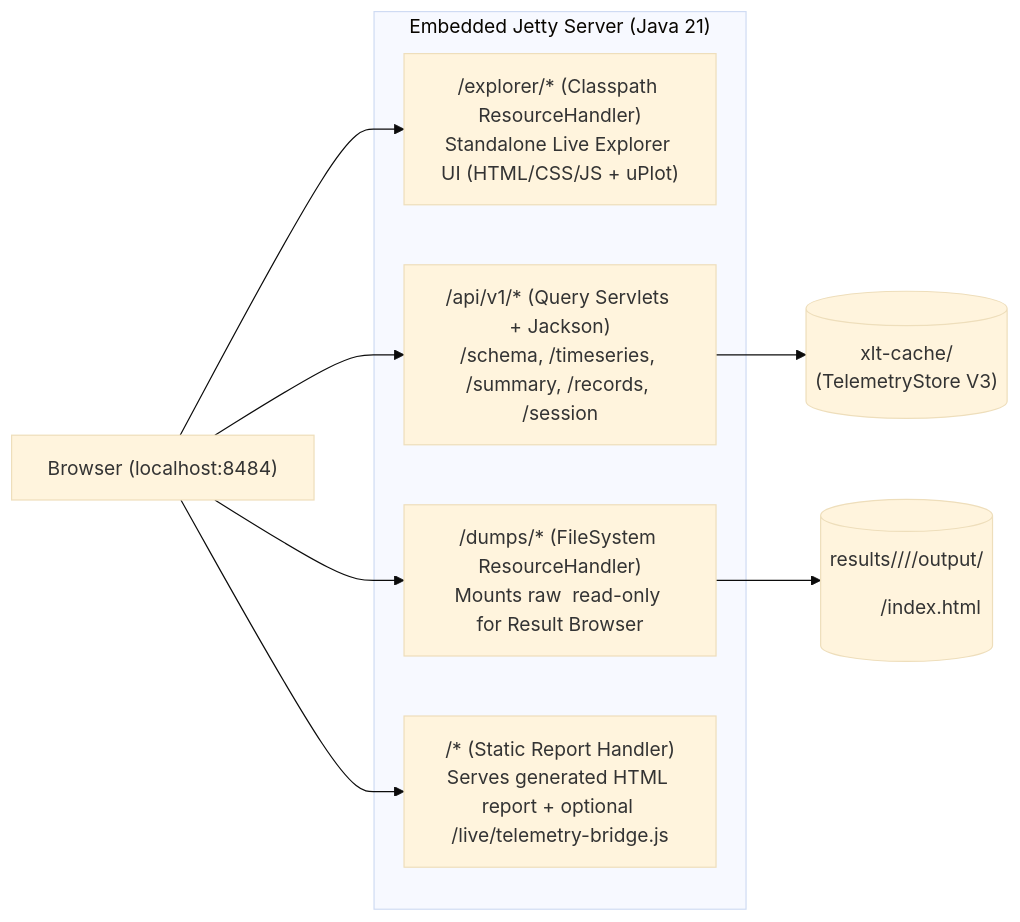
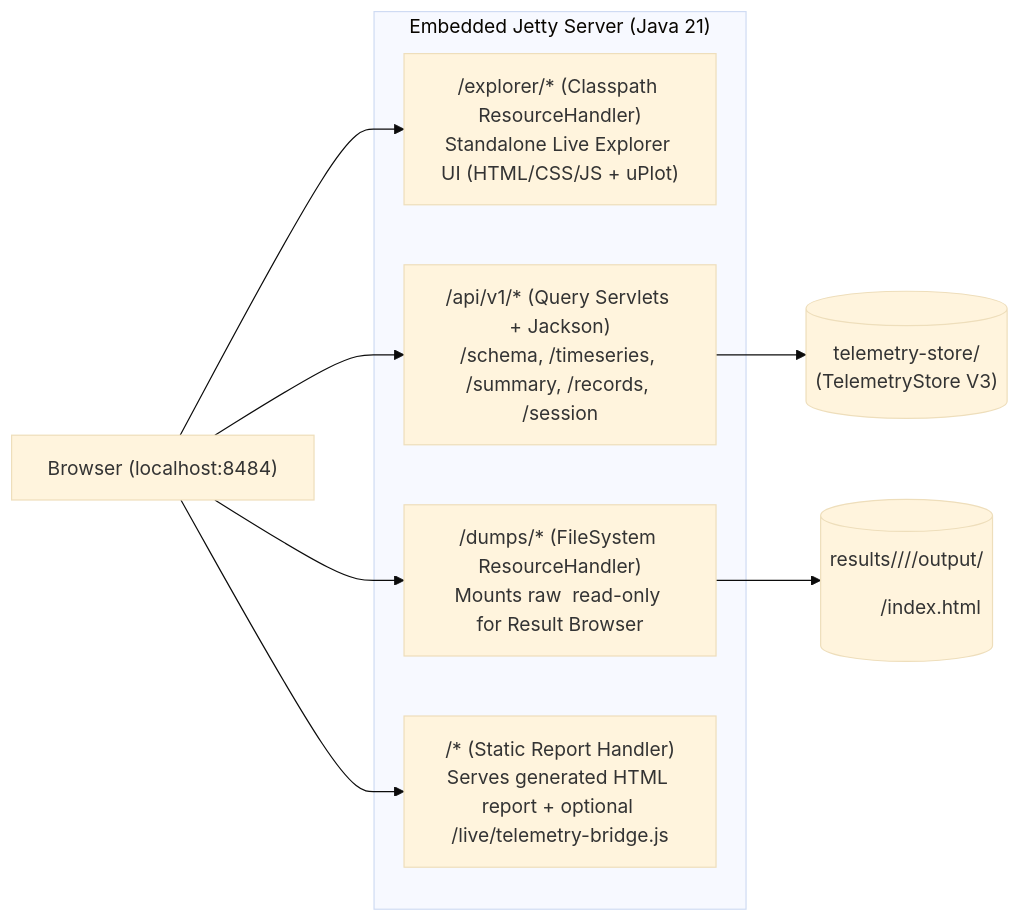
The second of 2 diagrams in docs/LIVEREPORTS.md (Xceptance/XLT), drawn with Mermaid (base theme) before and after one commit. The commit also changed other lines of this file and 15 other files, not shown here.

First line of the commit message:
refactor(report): rename store directory and properties to telemetry-store/telemetryStore and update docs

````diff
--- a/docs/LIVEREPORTS.md
+++ b/docs/LIVEREPORTS.md
@@ -123,13 +123,13 @@
 ```mermaid
 flowchart LR
     B["Browser (localhost:8484)"]
     subgraph Jetty["Embedded Jetty Server (Java 21)"]
         H1["/explorer/* (Classpath ResourceHandler)\nStandalone Live Explorer UI (HTML/CSS/JS + uPlot)"]
         H2["/api/v1/* (Query Servlets + Jackson)\n/schema, /timeseries, /summary, /records, /session"]
         H3["/dumps/* (FileSystem ResourceHandler)\nMounts raw <results-dir> read-only for Result Browser"]
         H4["/* (Static Report Handler)\nServes generated HTML report + optional /live/telemetry-bridge.js"]
     end
     B --> H1 & H2 & H3 & H4
-    H2 --> CDB[("xlt-cache/\n(TelemetryStore V3)")]
+    H2 --> CDB[("telemetry-store/\n(TelemetryStore V3)")]
     H3 --> RB[("results/<agent>/<tx>/<user>/output/<dir>/index.html")]
 ```
````
